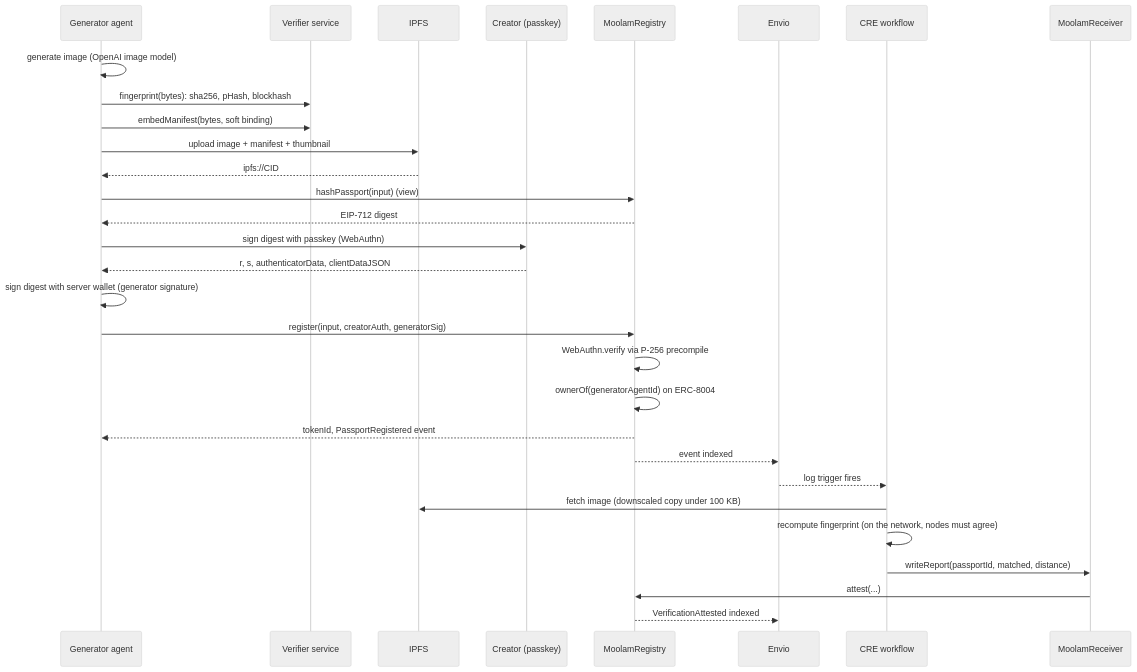
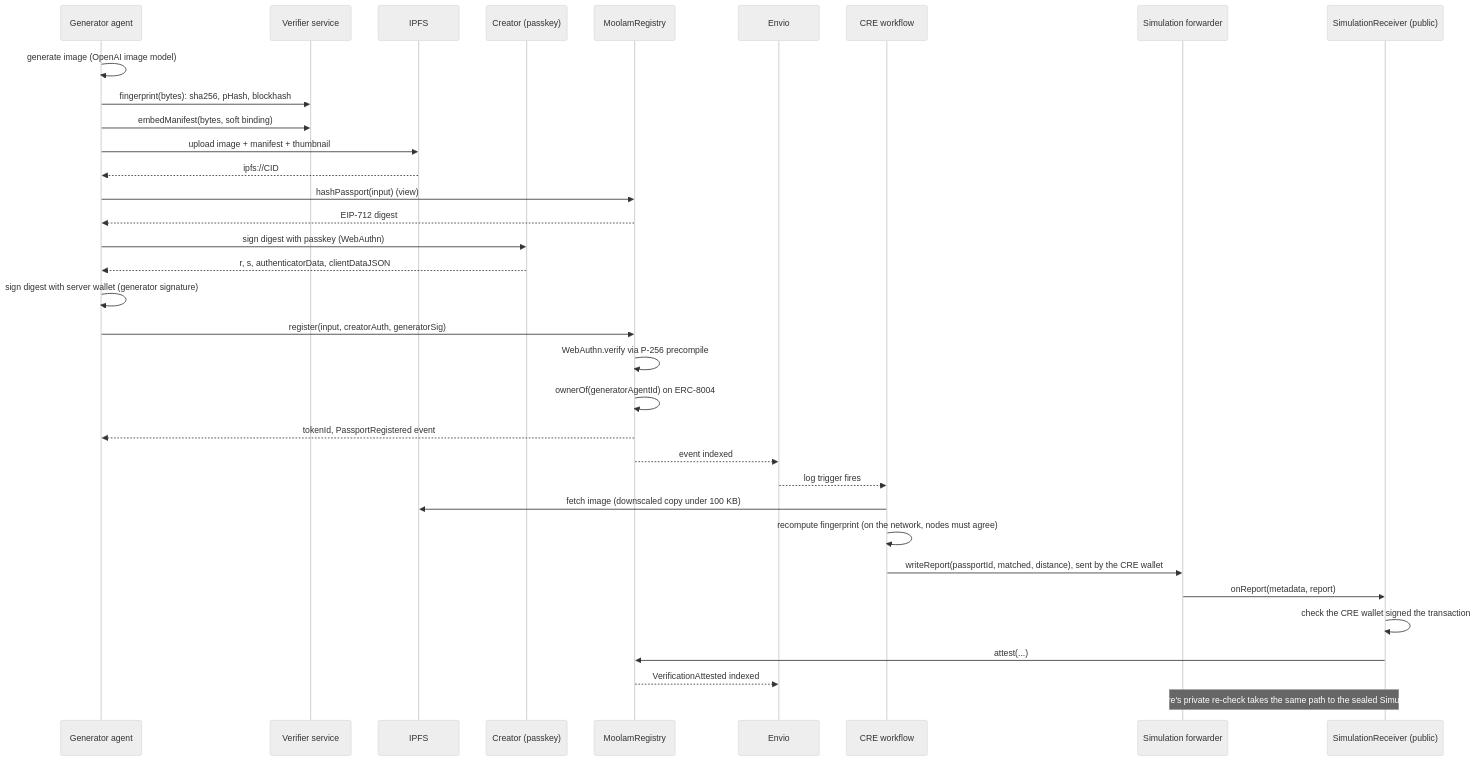
The fourth of 12 diagrams in docs/developers/architecture.md (ramakrishnanhulk20/Moolam), drawn with Mermaid (neutral theme) before and after one commit. The commit also changed other lines of this file and 28 other files, not shown here.

````diff
--- a/docs/developers/architecture.md
+++ b/docs/developers/architecture.md
@@ -101,33 +112,37 @@
 ```mermaid
 sequenceDiagram
     participant A as Generator agent
     participant S as Verifier service
     participant F as IPFS
     participant C as Creator (passkey)
     participant R as MoolamRegistry
     participant X as Envio
     participant W as CRE workflow
-    participant RC as MoolamReceiver
+    participant MF as Simulation forwarder
+    participant RC as SimulationReceiver (public)
 
     A->>A: generate image (OpenAI image model)
     A->>S: fingerprint(bytes): sha256, pHash, blockhash
     A->>S: embedManifest(bytes, soft binding)
     A->>F: upload image + manifest + thumbnail
     F-->>A: ipfs://CID
     A->>R: hashPassport(input) (view)
     R-->>A: EIP-712 digest
     A->>C: sign digest with passkey (WebAuthn)
     C-->>A: r, s, authenticatorData, clientDataJSON
     A->>A: sign digest with server wallet (generator signature)
     A->>R: register(input, creatorAuth, generatorSig)
     R->>R: WebAuthn.verify via P-256 precompile
     R->>R: ownerOf(generatorAgentId) on ERC-8004
     R-->>A: tokenId, PassportRegistered event
     R-->>X: event indexed
     X-->>W: log trigger fires
     W->>F: fetch image (downscaled copy under 100 KB)
     W->>W: recompute fingerprint (on the network, nodes must agree)
-    W->>RC: writeReport(passportId, matched, distance)
+    W->>MF: writeReport(passportId, matched, distance), sent by the CRE wallet
+    MF->>RC: onReport(metadata, report)
+    RC->>RC: check the CRE wallet signed the transaction
     RC->>R: attest(...)
     R-->>X: VerificationAttested indexed
+    Note over MF,RC: a sealed picture's private re-check takes the same path to the sealed SimulationReceiver
 ```
````
